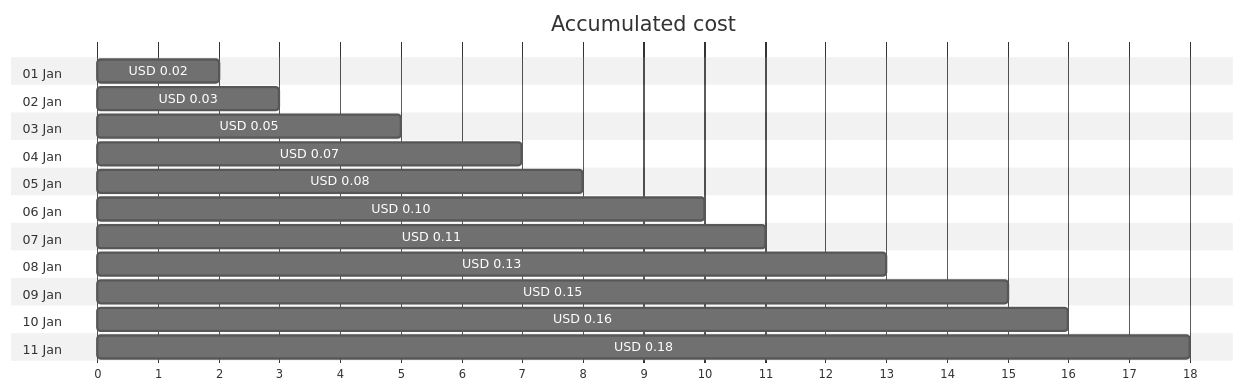
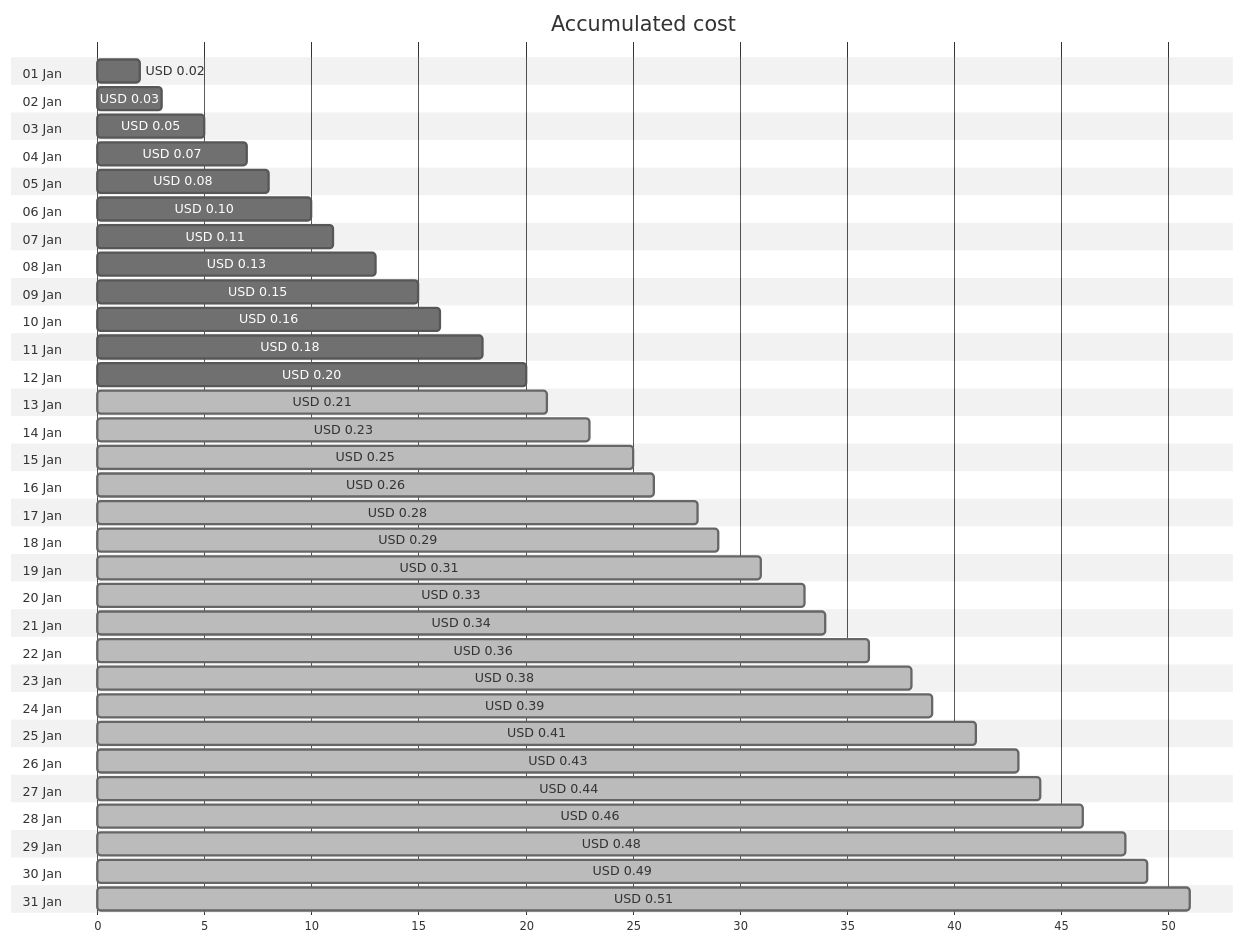
Before and after one commit to jpfulton/azure-personal-reports: the first of 4 diagrams in cost-reports/personal-dns/jpatrickfulton.com.md, drawn with Mermaid (neutral theme). The commit also changed other lines of this file and 2 other files, not shown here.

Commit message:
Generated reports [skip ci]

````diff
--- a/cost-reports/personal-dns/jpatrickfulton.com.md
+++ b/cost-reports/personal-dns/jpatrickfulton.com.md
@@ -20,28 +20,68 @@
 ```mermaid
 gantt
    title Accumulated cost
    dateFormat  X
    axisFormat %s
    section 01 Jan
    USD 0.02 :0, 2
    section 02 Jan
    USD 0.03 :0, 3
    section 03 Jan
    USD 0.05 :0, 5
    section 04 Jan
    USD 0.07 :0, 7
    section 05 Jan
    USD 0.08 :0, 8
    section 06 Jan
    USD 0.10 :0, 10
    section 07 Jan
    USD 0.11 :0, 11
    section 08 Jan
    USD 0.13 :0, 13
    section 09 Jan
    USD 0.15 :0, 15
    section 10 Jan
    USD 0.16 :0, 16
    section 11 Jan
    USD 0.18 :0, 18
+   section 12 Jan
+   USD 0.20 :0, 20
+   section 13 Jan
+   USD 0.21 : done, 0, 21
+   section 14 Jan
+   USD 0.23 : done, 0, 23
+   section 15 Jan
+   USD 0.25 : done, 0, 25
+   section 16 Jan
+   USD 0.26 : done, 0, 26
+   section 17 Jan
+   USD 0.28 : done, 0, 28
+   section 18 Jan
+   USD 0.29 : done, 0, 29
+   section 19 Jan
+   USD 0.31 : done, 0, 31
+   section 20 Jan
+   USD 0.33 : done, 0, 33
+   section 21 Jan
+   USD 0.34 : done, 0, 34
+   section 22 Jan
+   USD 0.36 : done, 0, 36
+   section 23 Jan
+   USD 0.38 : done, 0, 38
+   section 24 Jan
+   USD 0.39 : done, 0, 39
+   section 25 Jan
+   USD 0.41 : done, 0, 41
+   section 26 Jan
+   USD 0.43 : done, 0, 43
+   section 27 Jan
+   USD 0.44 : done, 0, 44
+   section 28 Jan
+   USD 0.46 : done, 0, 46
+   section 29 Jan
+   USD 0.48 : done, 0, 48
+   section 30 Jan
+   USD 0.49 : done, 0, 49
+   section 31 Jan
+   USD 0.51 : done, 0, 51
 ```
````
